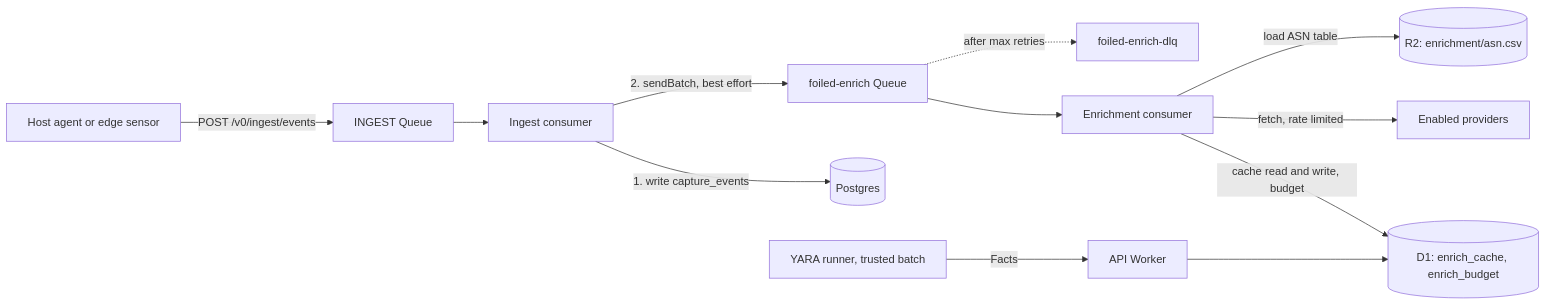
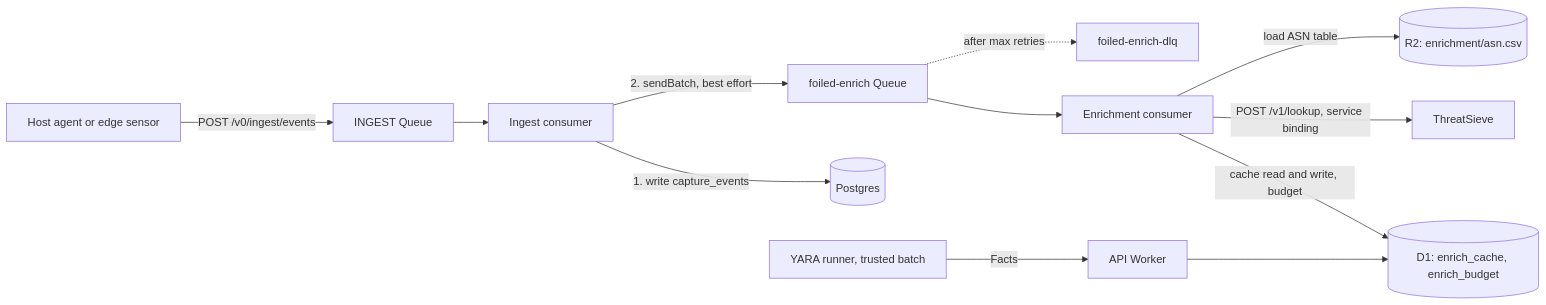
One commit to jusso-dev/foiled changed the diagram in docs/enrichment.md. Above: the diagram before and after it, drawn with Mermaid. The commit also changed other lines of this file and 30 other files, not shown here.

First line of the commit message:
Add the foiled-enrich consumer backed by ThreatSieve (#87)

````diff
--- a/docs/enrichment.md
+++ b/docs/enrichment.md
@@ -190,13 +208,13 @@
 ```mermaid
 flowchart LR
   S[Host agent or edge sensor] -->|POST /v0/ingest/events| I[INGEST Queue]
   I --> C[Ingest consumer]
   C -->|1. write capture_events| PG[(Postgres)]
   C -->|2. sendBatch, best effort| E[foiled-enrich Queue]
   E --> W[Enrichment consumer]
   W -->|cache read and write, budget| D1[(D1: enrich_cache, enrich_budget)]
-  W -->|fetch, rate limited| P[Enabled providers]
+  W -->|POST /v1/lookup, service binding| TS[ThreatSieve]
   W -->|load ASN table| R2[(R2: enrichment/asn.csv)]
   E -.->|after max retries| DLQ[foiled-enrich-dlq]
   Y[YARA runner, trusted batch] -->|Facts| API[API Worker] --> D1
 ```
````
